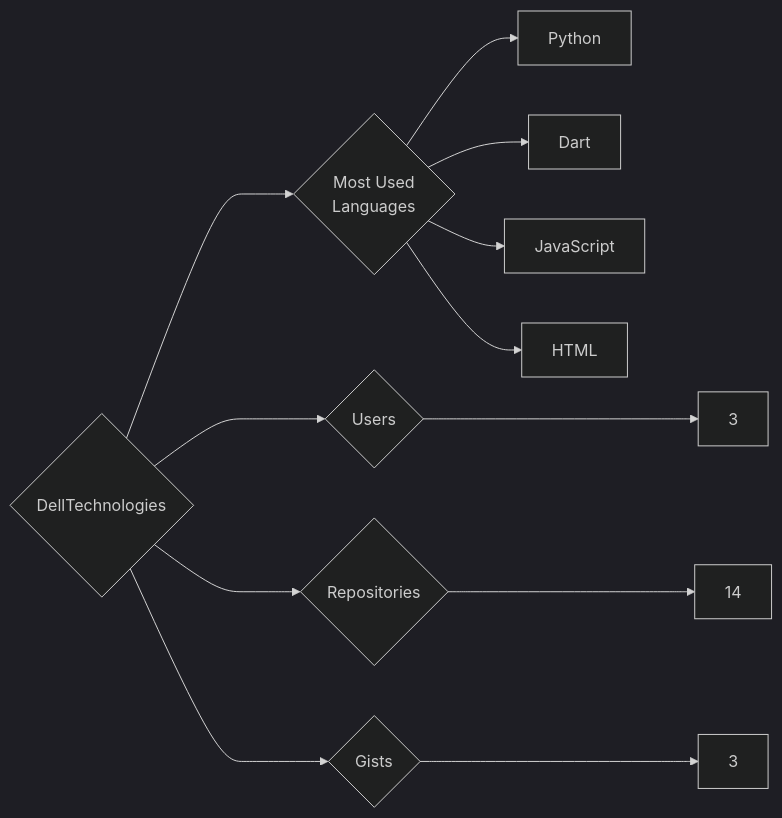
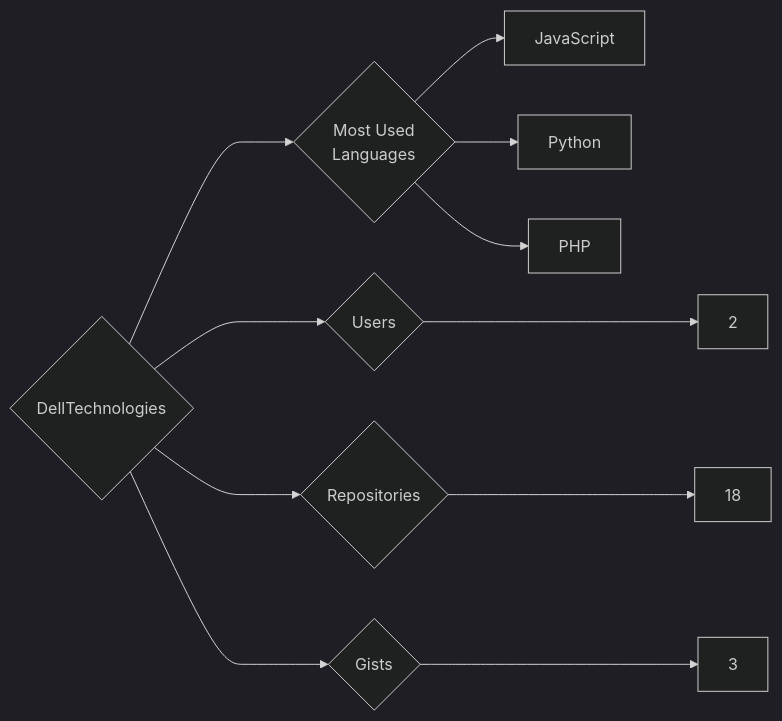
One commit to trickest/insiders changed the diagram in targets/DellTechnologies/README.md. Above: the diagram before and after it, drawn with Mermaid (dark theme). The commit also changed 1088 other files, not shown here.

````diff
--- a/targets/DellTechnologies/README.md
+++ b/targets/DellTechnologies/README.md
@@ -3,12 +3,11 @@
 ```mermaid
 graph LR
 COMPANY_NAME{DellTechnologies}
-COMPANY_NAME ---> U{Users} ---> UN[3]
-COMPANY_NAME ---> R{Repositories} ---> RN[14]
+COMPANY_NAME ---> U{Users} ---> UN[2]
+COMPANY_NAME ---> R{Repositories} ---> RN[18]
 COMPANY_NAME ---> G{Gists} ---> GN[3]
 COMPANY_NAME ---> ML{Most Used<br>Languages}
+ML --> JavaScript[JavaScript]
 ML --> Python[Python]
-ML --> Dart[Dart]
-ML --> JavaScript[JavaScript]
-ML --> HTML[HTML]
+ML --> PHP[PHP]
 ```
````
